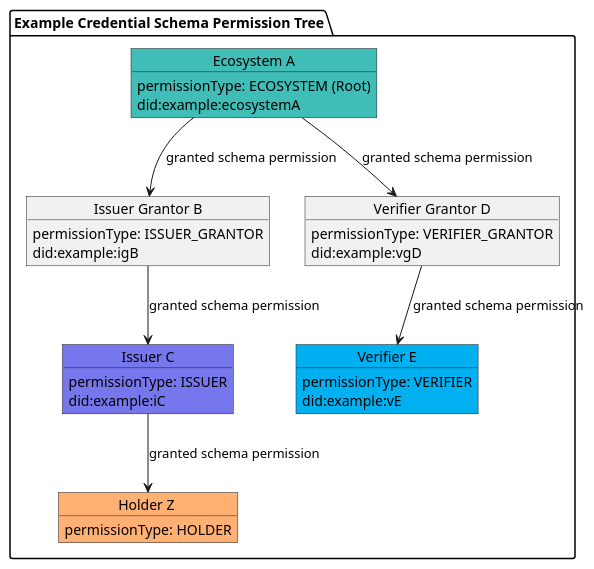
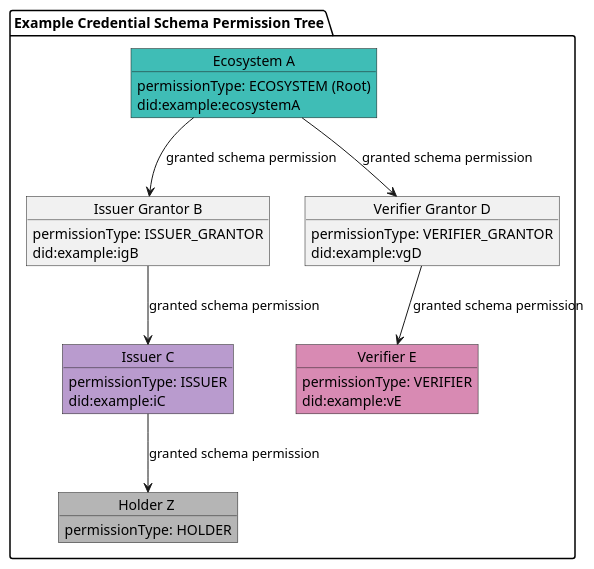
One commit to verana-labs/verana-docs changed the first of 5 diagrams in docs/learn/verifiable-public-registry/60-onboarding-participants.md. Above: the diagram before and after it, drawn with PlantUML. The commit also changed other lines of this file and 5 other files, not shown here.

````diff
--- a/docs/learn/verifiable-public-registry/60-onboarding-participants.md
+++ b/docs/learn/verifiable-public-registry/60-onboarding-participants.md
@@ -24,46 +24,46 @@
 ```plantuml
 
 @startuml
 scale max 800 width
  
 package "Example Credential Schema Permission Tree" as cs {
 
     object "Ecosystem A" as tr #3fbdb6 {
         permissionType: ECOSYSTEM (Root)
         did:example:ecosystemA
     }
     object "Issuer Grantor B" as ig {
         permissionType: ISSUER_GRANTOR
         did:example:igB
     }
-    object "Issuer C" as issuer #7677ed  {
+    object "Issuer C" as issuer #b99bce  {
         permissionType: ISSUER
         did:example:iC
     }
     object "Verifier Grantor D" as vg {
         permissionType: VERIFIER_GRANTOR
         did:example:vgD
     }
-    object "Verifier E" as verifier #00b0f0 {
+    object "Verifier E" as verifier #D88AB3 {
         permissionType: VERIFIER
         did:example:vE
     }
 
-    object "Holder Z " as holder #FFB073 {
+    object "Holder Z " as holder #b5b5b5 {
         permissionType: HOLDER
     }
 }
 
 
 
 tr --> ig : granted schema permission
 ig --> issuer : granted schema permission
 
 tr --> vg : granted schema permission
 vg --> verifier : granted schema permission
 
 issuer --> holder: granted schema permission
 
 @enduml
 
 ```
````
